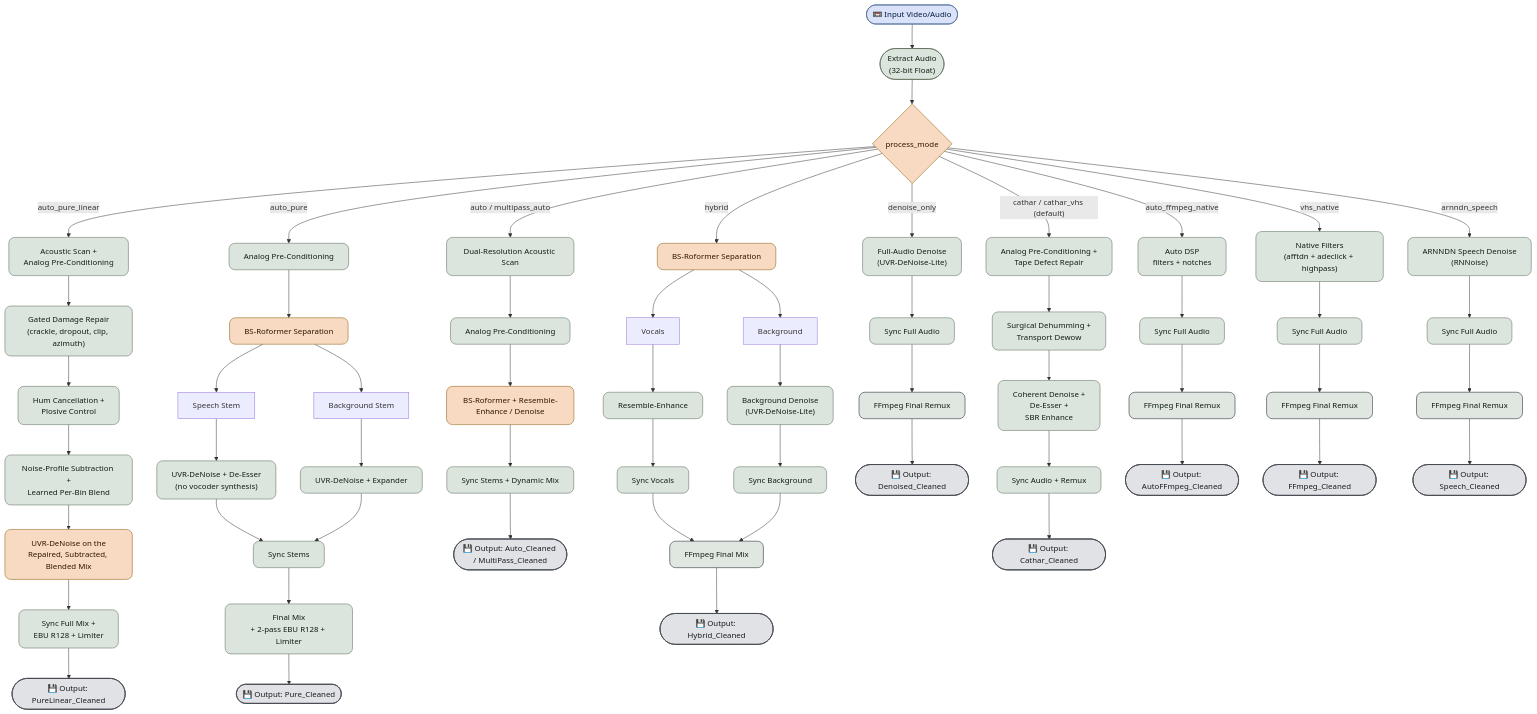
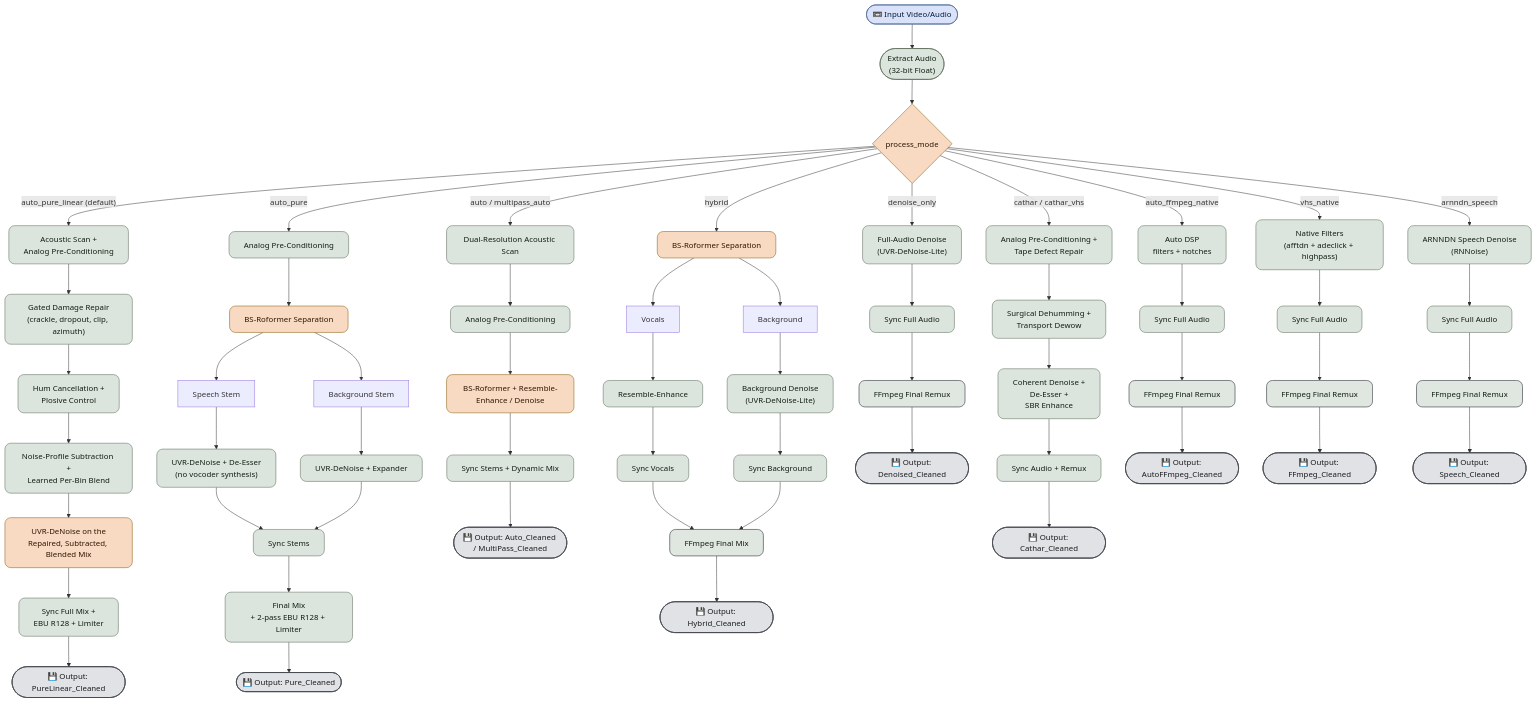
Before and after one commit to ventura8/AI-Hybrid-VHS-Audio-Restorer: the first of 2 diagrams in README.md, drawn with Mermaid. The commit also changed other lines of this file and 10 other files, not shown here.

First line of the commit message:
Make auto_pure_linear the default restoration mode; version 1.3.0

````diff
--- a/README.md
+++ b/README.md
@@ -230,80 +229,80 @@
 ```mermaid
 flowchart TD
 %% Material You (Material 3) Muted Tonal Palette
 classDef input fill:#DAE2F9,stroke:#3F5F91,stroke-width:1px,color:#001B3E,rx:40,ry:40;
 classDef processing fill:#DCE5DD,stroke:#526350,stroke-width:1px,color:#101E10,rx:12,ry:12;
 classDef model fill:#F8DAC2,stroke:#825500,stroke-width:1px,color:#2D1600,rx:12,ry:12;
 classDef output fill:#E1E2E6,stroke:#44474E,stroke-width:1.5px,color:#1A1C1E,rx:40,ry:40;
 
 A(["📼 Input Video/Audio"]):::input --> B(["Extract Audio<br/>(32-bit Float)"]):::processing
 B --> MODE{"process_mode"}:::model
 
-MODE -->|"auto_pure_linear"| LP1["Acoustic Scan +<br/>Analog Pre-Conditioning"]:::processing
+MODE -->|"auto_pure_linear (default)"| LP1["Acoustic Scan +<br/>Analog Pre-Conditioning"]:::processing
 LP1 --> LPR["Gated Damage Repair<br/>(crackle, dropout, clip, azimuth)"]:::processing
 LPR --> LPH["Hum Cancellation +<br/>Plosive Control"]:::processing
 LPH --> LPS["Noise-Profile Subtraction +<br/>Learned Per-Bin Blend"]:::processing
 LPS --> LP2["UVR-DeNoise on the<br/>Repaired, Subtracted, Blended Mix"]:::model
 LP2 --> LP3["Sync Full Mix +<br/>EBU R128 + Limiter"]:::processing
 LP3 --> LPOUT(["💾 Output: PureLinear_Cleaned"]):::output
 
 MODE -->|"auto_pure"| PP["Analog Pre-Conditioning"]:::processing
 PP --> PS["BS-Roformer Separation"]:::model
 PS --> PV["Speech Stem"]
 PS --> PB["Background Stem"]
 PV --> PVD["UVR-DeNoise + De-Esser<br/>(no vocoder synthesis)"]:::processing
 PB --> PBD["UVR-DeNoise + Expander"]:::processing
 PVD --> PSY["Sync Stems"]:::processing
 PBD --> PSY
 PSY --> PMIX["Final Mix<br/>+ 2-pass EBU R128 + Limiter"]:::processing
 PMIX --> POUT(["💾 Output: Pure_Cleaned"]):::output
 
 MODE -->|"auto / multipass_auto"| AP1["Dual-Resolution Acoustic Scan"]:::processing
 AP1 --> AP2["Analog Pre-Conditioning"]:::processing
 AP2 --> AP3["BS-Roformer + Resemble-Enhance / Denoise"]:::model
 AP3 --> AP4["Sync Stems + Dynamic Mix"]:::processing
 AP4 --> APOUT(["💾 Output: Auto_Cleaned / MultiPass_Cleaned"]):::output
 
 MODE -->|"hybrid"| RO["BS-Roformer Separation"]:::model
 RO --> V["Vocals"]
 RO --> I["Background"]
 V --> VE["Resemble-Enhance"]:::processing
 I --> BD["Background Denoise<br/>(UVR-DeNoise-Lite)"]:::processing
 VE --> SV["Sync Vocals"]:::processing
 BD --> SB["Sync Background"]:::processing
 SV --> HMIX["FFmpeg Final Mix"]:::processing
 SB --> HMIX
 HMIX --> HOUT(["💾 Output: Hybrid_Cleaned"]):::output
 
 MODE -->|"denoise_only"| FD["Full-Audio Denoise<br/>(UVR-DeNoise-Lite)"]:::processing
 FD --> FS["Sync Full Audio"]:::processing
 FS --> FMUX["FFmpeg Final Remux"]:::processing
 FMUX --> FOUT(["💾 Output: Denoised_Cleaned"]):::output
 
-MODE -->|"cathar / cathar_vhs (default)"| CP1["Analog Pre-Conditioning +<br/>Tape Defect Repair"]:::processing
+MODE -->|"cathar / cathar_vhs"| CP1["Analog Pre-Conditioning +<br/>Tape Defect Repair"]:::processing
 CP1 --> CP2["Surgical Dehumming +<br/>Transport Dewow"]:::processing
 CP2 --> CP3["Coherent Denoise +<br/>De-Esser +<br/>SBR Enhance"]:::processing
 CP3 --> CP4["Sync Audio + Remux"]:::processing
 CP4 --> CPOUT(["💾 Output: Cathar_Cleaned"]):::output
 
 MODE -->|"auto_ffmpeg_native"| AFN["Auto DSP<br/>filters + notches"]:::processing
 AFN --> AFS["Sync Full Audio"]:::processing
 AFS --> AFMIX["FFmpeg Final Remux"]:::processing
 AFMIX --> AFOUT(["💾 Output: AutoFFmpeg_Cleaned"]):::output
 
 MODE -->|"vhs_native"| VN["Native Filters<br/>(afftdn + adeclick + highpass)"]:::processing
 VN --> VS["Sync Full Audio"]:::processing
 VS --> VMUX["FFmpeg Final Remux"]:::processing
 VMUX --> VOUT(["💾 Output: FFmpeg_Cleaned"]):::output
 
 MODE -->|"arnndn_speech"| SN["ARNNDN Speech Denoise<br/>(RNNoise)"]:::processing
 SN --> SS["Sync Full Audio"]:::processing
 SS --> SMUX["FFmpeg Final Remux"]:::processing
 SMUX --> SOUT(["💾 Output: Speech_Cleaned"]):::output
 
 %% Material You Subgraph Styling (Subtle Contours)
 style HMIX fill:#DCE5DD,stroke:#44474E,stroke-width:1.5px,opacity:0.9
 style FMUX fill:#DCE5DD,stroke:#44474E,stroke-width:1.5px,opacity:0.9
 style AFMIX fill:#DCE5DD,stroke:#44474E,stroke-width:1.5px,opacity:0.9
 style VMUX fill:#DCE5DD,stroke:#44474E,stroke-width:1.5px,opacity:0.9
 style SMUX fill:#DCE5DD,stroke:#44474E,stroke-width:1.5px,opacity:0.9
 ```
````
